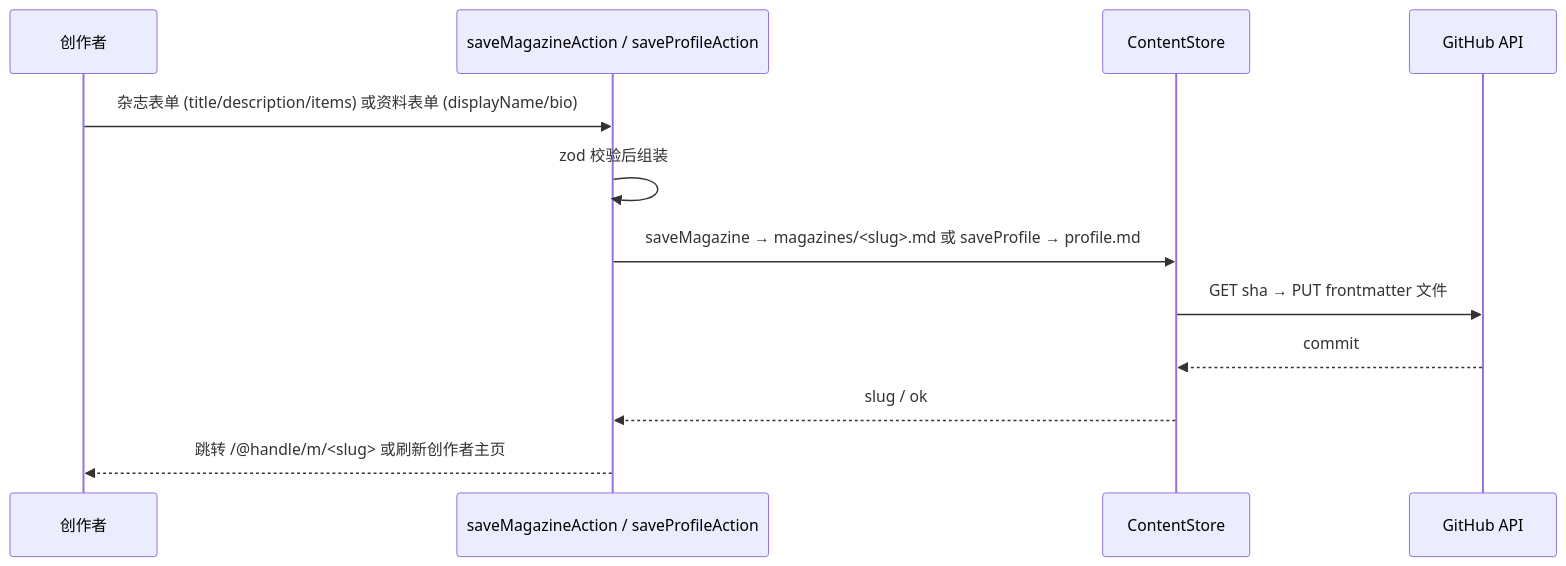
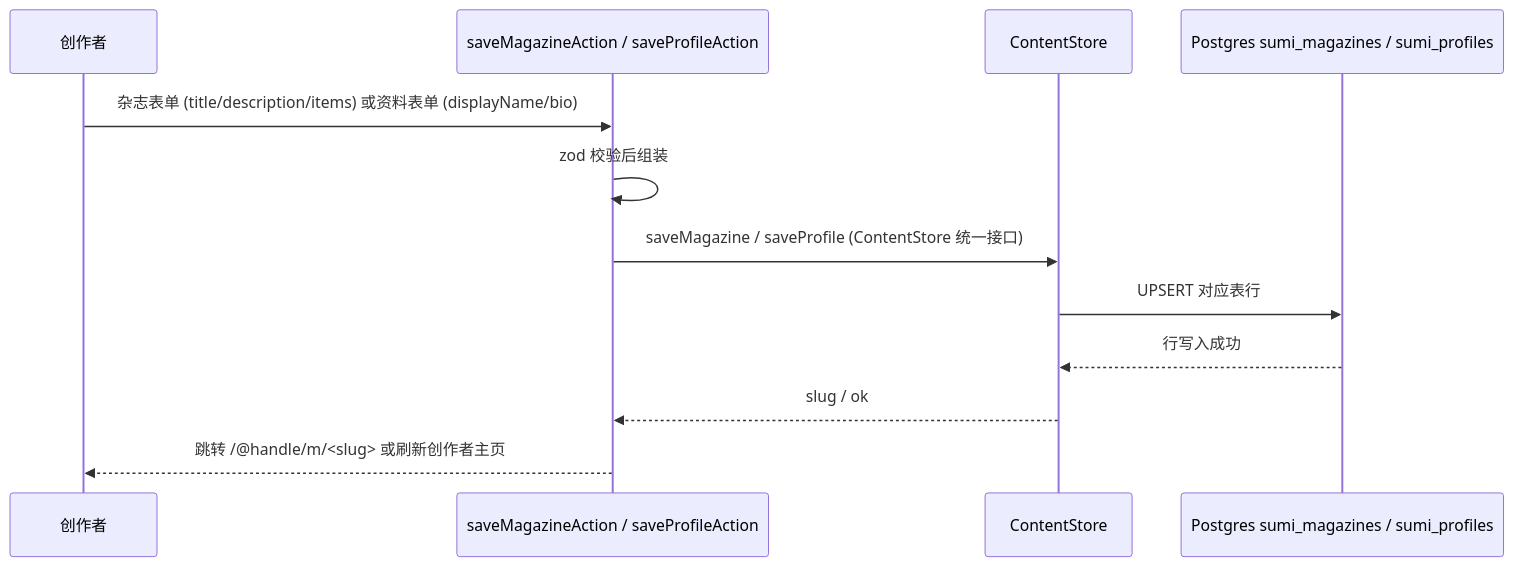
One commit to fuyucn/sumi changed the ninth of 11 diagrams in docs/ARCHITECTURE.md. Above: the diagram before and after it, drawn with Mermaid. The commit also changed other lines of this file and 9 other files, not shown here.

First line of the commit message:
docs: align storage docs with Postgres-first (no GitHub repo needed)

````diff
--- a/docs/ARCHITECTURE.md
+++ b/docs/ARCHITECTURE.md
@@ -325,15 +335,15 @@
 ```mermaid
 sequenceDiagram
     participant C as 创作者
     participant A as saveMagazineAction / saveProfileAction
     participant CS as ContentStore
-    participant G as GitHub API
+    participant S as Postgres sumi_magazines / sumi_profiles
 
     C->>A: 杂志表单 (title/description/items) 或资料表单 (displayName/bio)
     A->>A: zod 校验后组装
-    A->>CS: saveMagazine → magazines/<slug>.md 或 saveProfile → profile.md
-    CS->>G: GET sha → PUT frontmatter 文件
-    G-->>CS: commit
+    A->>CS: saveMagazine / saveProfile (ContentStore 统一接口)
+    CS->>S: UPSERT 对应表行
+    S-->>CS: 行写入成功
     CS-->>A: slug / ok
     A-->>C: 跳转 /@handle/m/<slug> 或刷新创作者主页
 ```
````
